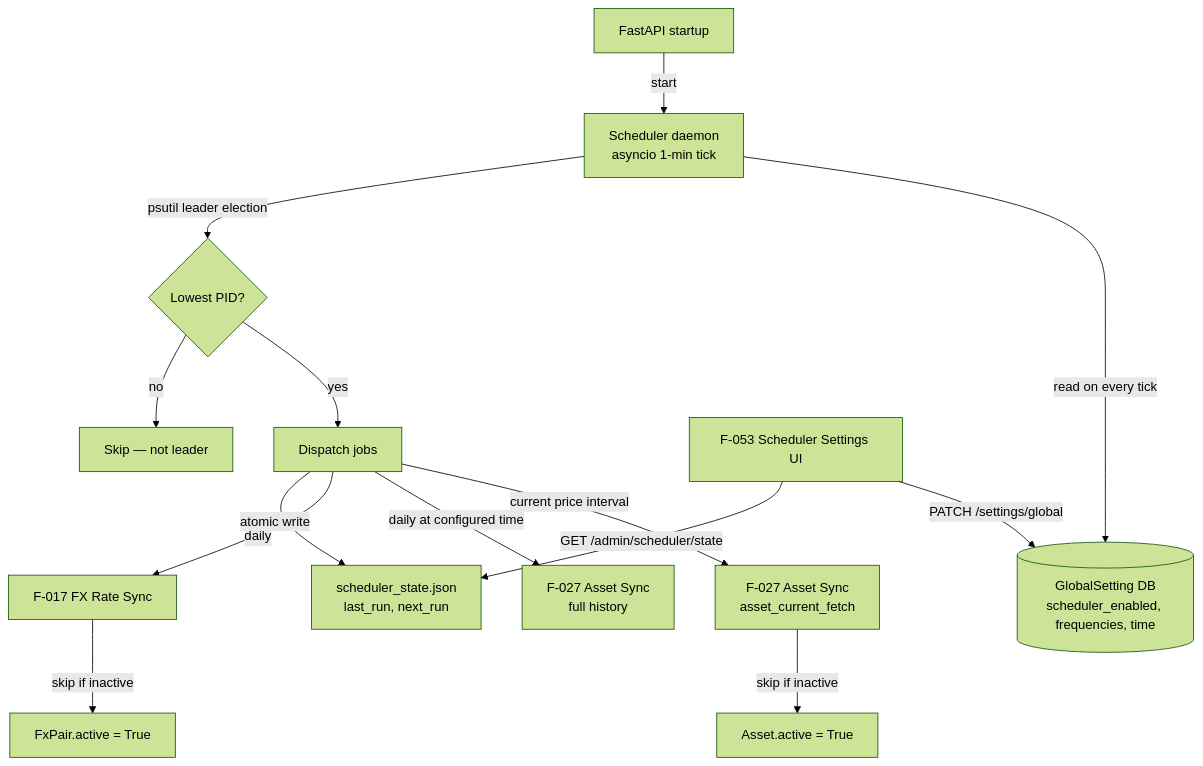
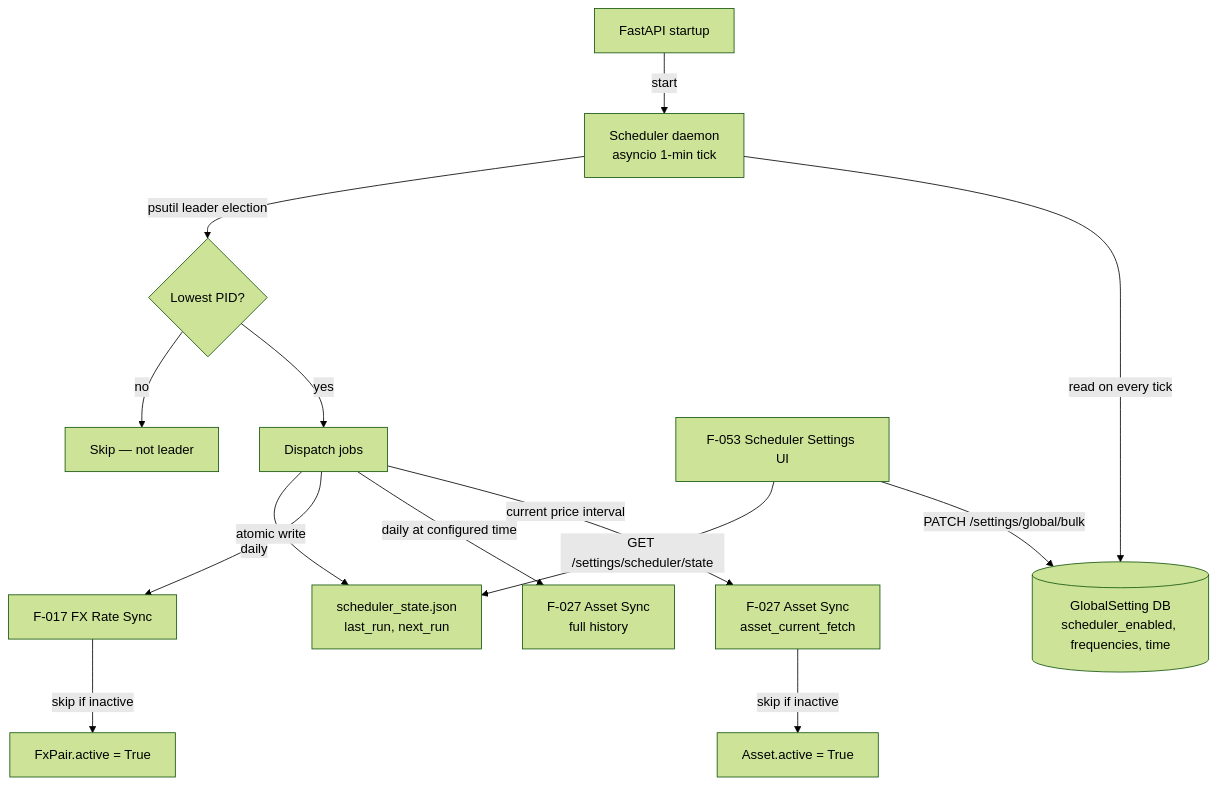
One commit to Librefolio/LibreFolio changed the diagram in LibreFolio_devWiki/wiki/domains/scheduler.md. Above: the diagram before and after it, drawn with Mermaid (forest theme). The commit also changed other lines of this file and 11 other files, not shown here.

````diff
--- a/LibreFolio_devWiki/wiki/domains/scheduler.md
+++ b/LibreFolio_devWiki/wiki/domains/scheduler.md
@@ -38,16 +43,16 @@
 ```mermaid
 graph TD
     FastAPI[FastAPI startup] -->|start| Scheduler[Scheduler daemon<br/>asyncio 1-min tick]
     Scheduler -->|read on every tick| GlobalSettings[(GlobalSetting DB<br/>scheduler_enabled, frequencies, time)]
     Scheduler -->|psutil leader election| Leader{Lowest PID?}
     Leader -->|yes| Dispatch[Dispatch jobs]
     Leader -->|no| Skip[Skip — not leader]
     Dispatch -->|current price interval| AssetSync[F-027 Asset Sync<br/>asset_current_fetch]
     Dispatch -->|daily at configured time| HistSync[F-027 Asset Sync<br/>full history]
     Dispatch -->|daily| FXSync[F-017 FX Rate Sync]
     AssetSync -->|skip if inactive| ActiveFilter[Asset.active = True]
     FXSync -->|skip if inactive| FXActiveFilter[FxPair.active = True]
     Dispatch -->|atomic write| StateFile[scheduler_state.json<br/>last_run, next_run]
-    AdminUI[F-053 Scheduler Settings UI] -->|PATCH /settings/global| GlobalSettings
-    AdminUI -->|GET /admin/scheduler/state| StateFile
+    AdminUI[F-053 Scheduler Settings UI] -->|PATCH /settings/global/bulk| GlobalSettings
+    AdminUI -->|GET /settings/scheduler/state| StateFile
 ```
````
